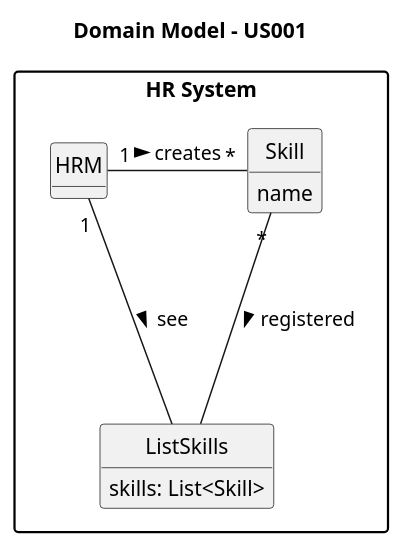
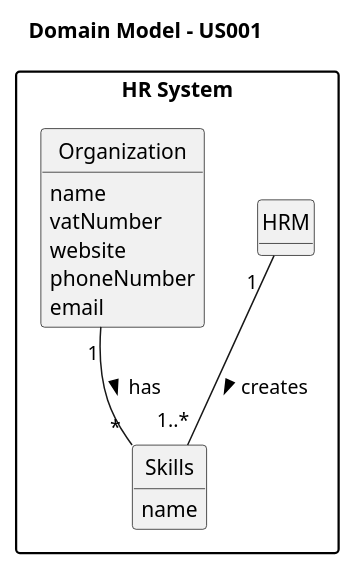
Before and after one commit to SAEmanuel/Green_Spaces_Management_ISEP: the diagram in docs/sprintA/us001/02.analysis/puml/us001-domain-model.puml, drawn with PlantUML.

Commit message:
US001 - Domain Model v4.

```diff
--- a/docs/sprintA/us001/02.analysis/puml/us001-domain-model.puml
+++ b/docs/sprintA/us001/02.analysis/puml/us001-domain-model.puml
@@ -1,32 +1,37 @@
 @startuml
 
 skinparam monochrome true
 skinparam packageStyle rectangle
 skinparam shadowing false
+
+'left to right direction
 
 title Domain Model - US001
 
 hide circles
 hide methods
 
 package "HR System" {
 
     class HRM {
     }
 
-    class Skill {
+    class Skills {
         name
     }
 
-    class ListSkills {
-        skills: List<Skill>
+    class Organization {
+        name
+        vatNumber
+        website
+        phoneNumber
+        email
     }
 
-    HRM "1" - "*" Skill : creates >
-    HRM "1" - ListSkills : see >
-    Skill "*" ---  ListSkills : registered >
+    HRM "1  " -- "1..*" Skills : creates >
+    Organization "1" -- "                           *" Skills : has >
 }
 
 
 
 @enduml
```
